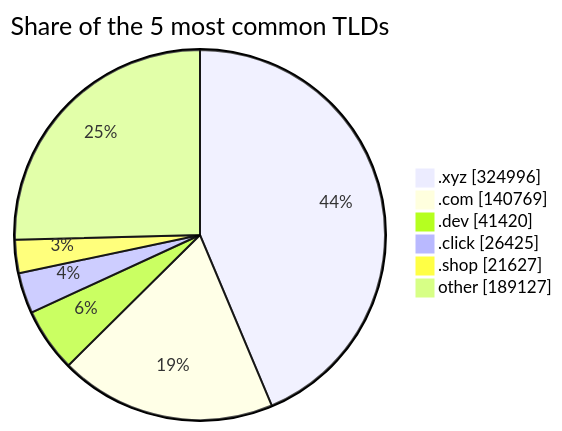
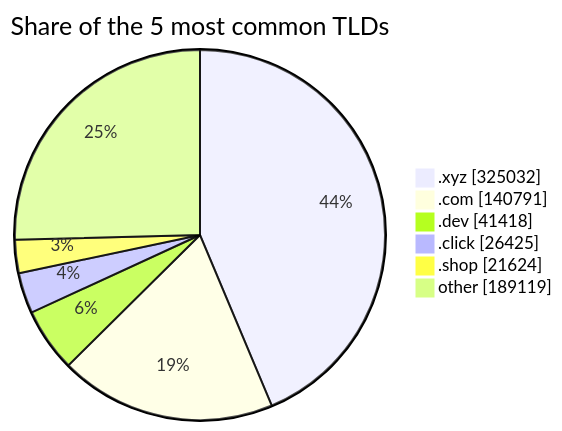
Before and after one commit to DNSBunker/CTI: the third of 3 diagrams in README.md, drawn with Mermaid. The commit also changed other lines of this file and 3 other files, not shown here.

````diff
--- a/README.md
+++ b/README.md
@@ -81,9 +81,9 @@
 ```mermaid
 pie showData title Share of the 5 most common TLDs
-    ".xyz" : 324996
-    ".com" : 140769
-    ".dev" : 41420
+    ".xyz" : 325032
+    ".com" : 140791
+    ".dev" : 41418
     ".click" : 26425
-    ".shop" : 21627
-    "other" : 189127
+    ".shop" : 21624
+    "other" : 189119
 ```
````
